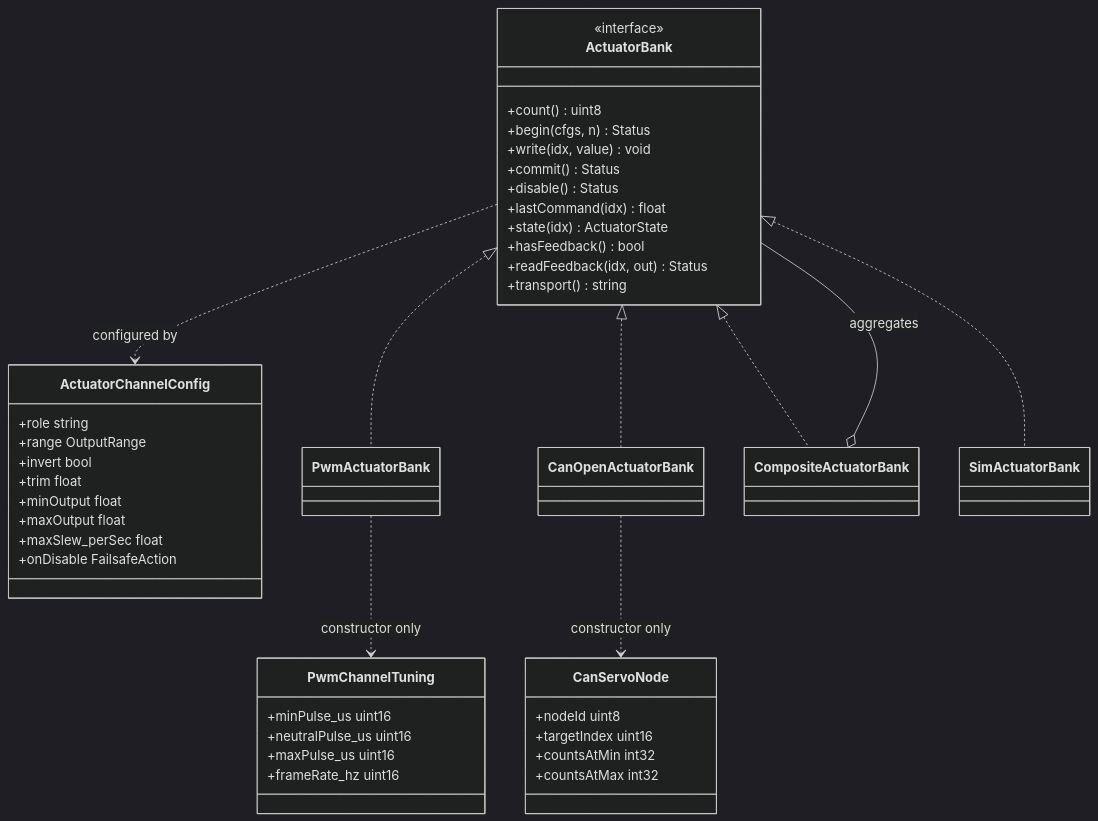
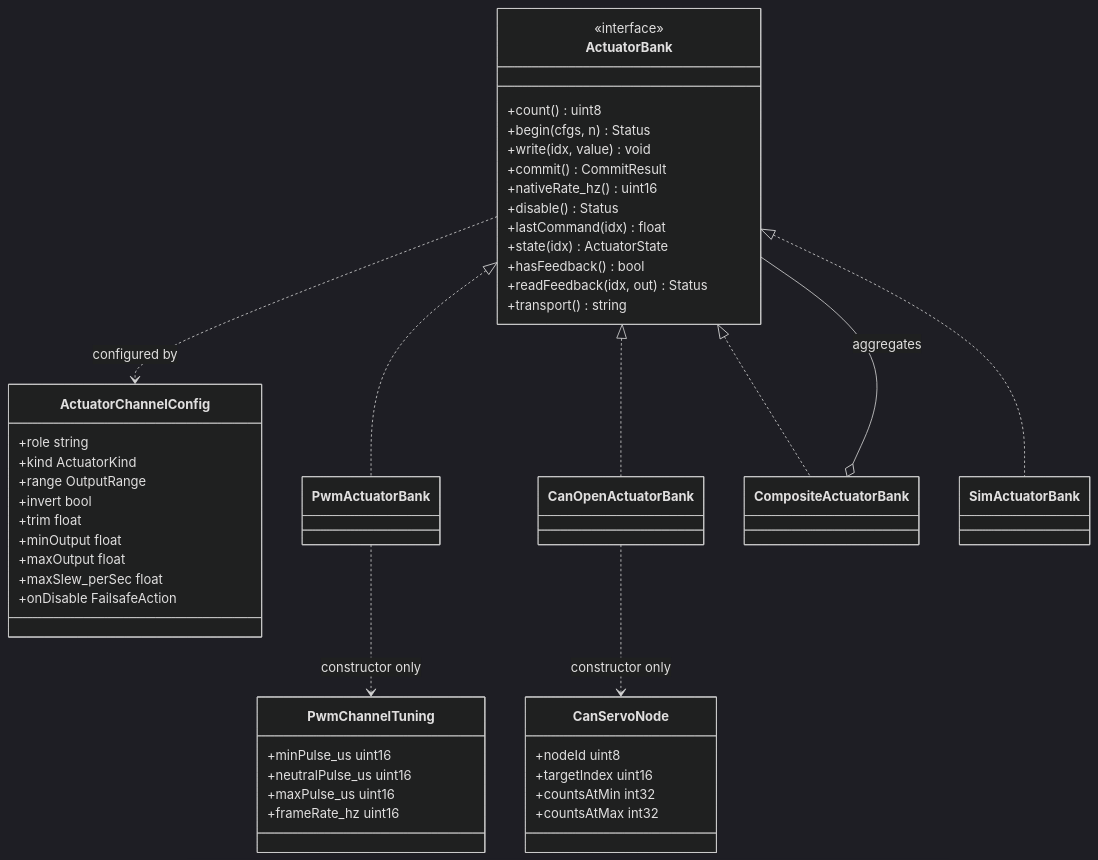
The fourth of 10 diagrams in specs/hal/10-diagrams.md (xanderwasserman/ArduFlite), drawn with Mermaid (dark theme) before and after one commit. The commit also changed other lines of this file and 3 other files, not shown here.

````diff
--- a/specs/hal/10-diagrams.md
+++ b/specs/hal/10-diagrams.md
@@ -181,55 +181,57 @@
 ```mermaid
 classDiagram
     class ActuatorBank {
         <<interface>>
         +count() uint8
         +begin(cfgs, n) Status
         +write(idx, value) void
-        +commit() Status
+        +commit() CommitResult
+        +nativeRate_hz() uint16
         +disable() Status
         +lastCommand(idx) float
         +state(idx) ActuatorState
         +hasFeedback() bool
         +readFeedback(idx, out) Status
         +transport() string
     }
 
     class ActuatorChannelConfig {
         +role string
+        +kind ActuatorKind
         +range OutputRange
         +invert bool
         +trim float
         +minOutput float
         +maxOutput float
         +maxSlew_perSec float
         +onDisable FailsafeAction
     }
 
     class PwmChannelTuning {
         +minPulse_us uint16
         +neutralPulse_us uint16
         +maxPulse_us uint16
         +frameRate_hz uint16
     }
 
     class CanServoNode {
         +nodeId uint8
         +targetIndex uint16
         +countsAtMin int32
         +countsAtMax int32
     }
 
     class PwmActuatorBank
     class CanOpenActuatorBank
     class CompositeActuatorBank
     class SimActuatorBank
 
     ActuatorBank <|.. PwmActuatorBank
     ActuatorBank <|.. CanOpenActuatorBank
     ActuatorBank <|.. CompositeActuatorBank
     ActuatorBank <|.. SimActuatorBank
     ActuatorBank ..> ActuatorChannelConfig : configured by
     CompositeActuatorBank o-- ActuatorBank : aggregates
     PwmActuatorBank ..> PwmChannelTuning : constructor only
     CanOpenActuatorBank ..> CanServoNode : constructor only
 ```
````
